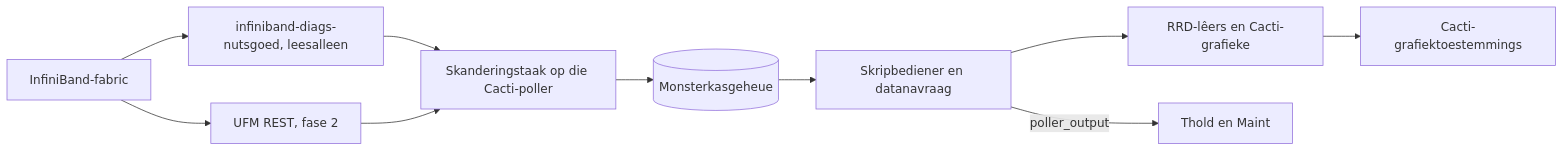
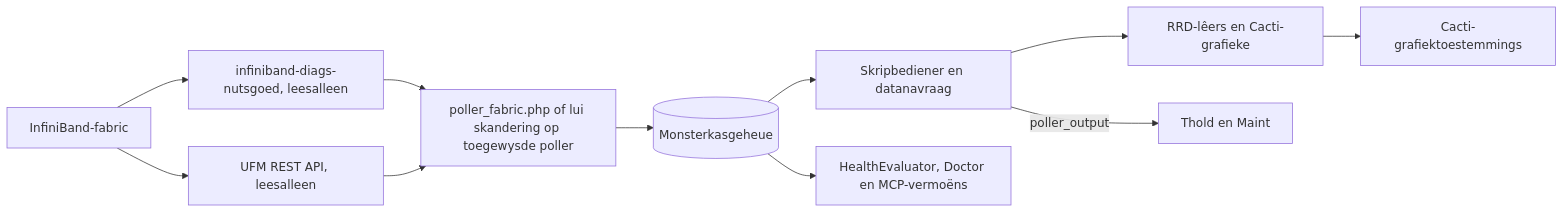
The diagram in docs/i18n/af-ZA/README.md (somethingwithproof/plugin_fabric), drawn with Mermaid before and after one commit. The commit also changed other lines of this file and 48 other files, not shown here.

````diff
--- a/docs/i18n/af-ZA/README.md
+++ b/docs/i18n/af-ZA/README.md
@@ -102,12 +132,13 @@
 ```mermaid
 flowchart LR
-    F[InfiniBand-fabric] --> T[infiniband-diags-nutsgoed, leesalleen]
-    F --> U[UFM REST, fase 2]
-    T --> S[Skanderingstaak op die Cacti-poller]
+    F["InfiniBand-fabric"] --> T["infiniband-diags-nutsgoed, leesalleen"]
+    F --> U["UFM REST API, leesalleen"]
+    T --> S["poller_fabric.php of lui skandering op toegewysde poller"]
     U --> S
-    S --> C[(Monsterkasgeheue)]
-    C --> SS[Skripbediener en datanavraag]
-    SS --> R[RRD-lêers en Cacti-grafieke]
-    SS -->|poller_output| TH[Thold en Maint]
-    R --> P[Cacti-grafiektoestemmings]
+    S --> C[("Monsterkasgeheue")]
+    C --> SS["Skripbediener en datanavraag"]
+    SS --> R["RRD-lêers en Cacti-grafieke"]
+    SS -->|poller_output| TH["Thold en Maint"]
+    C --> H["HealthEvaluator, Doctor en MCP-vermoëns"]
+    R --> P["Cacti-grafiektoestemmings"]
 ```
````
